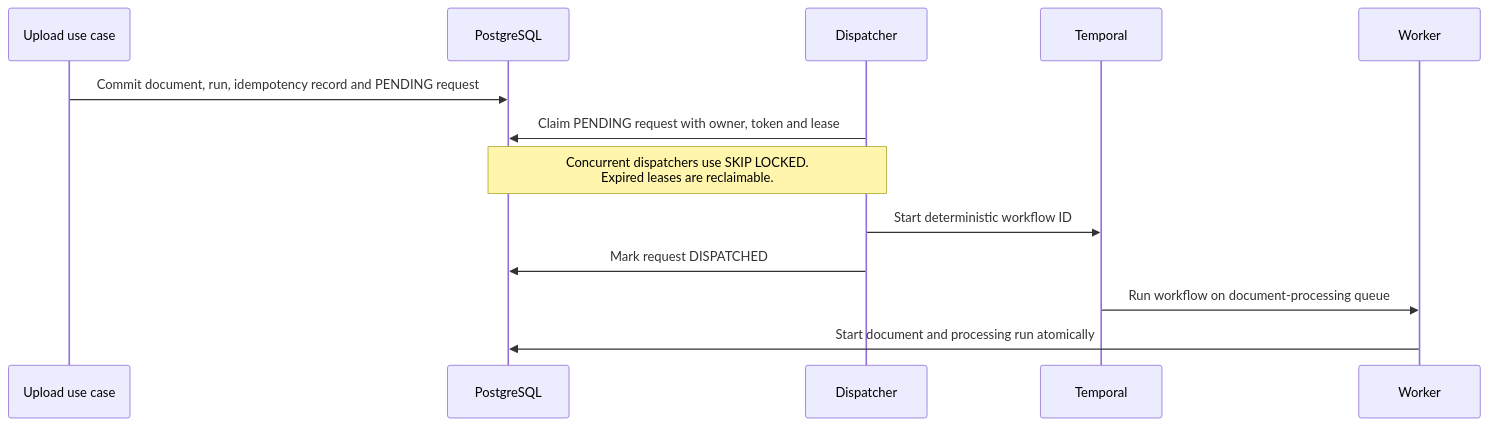
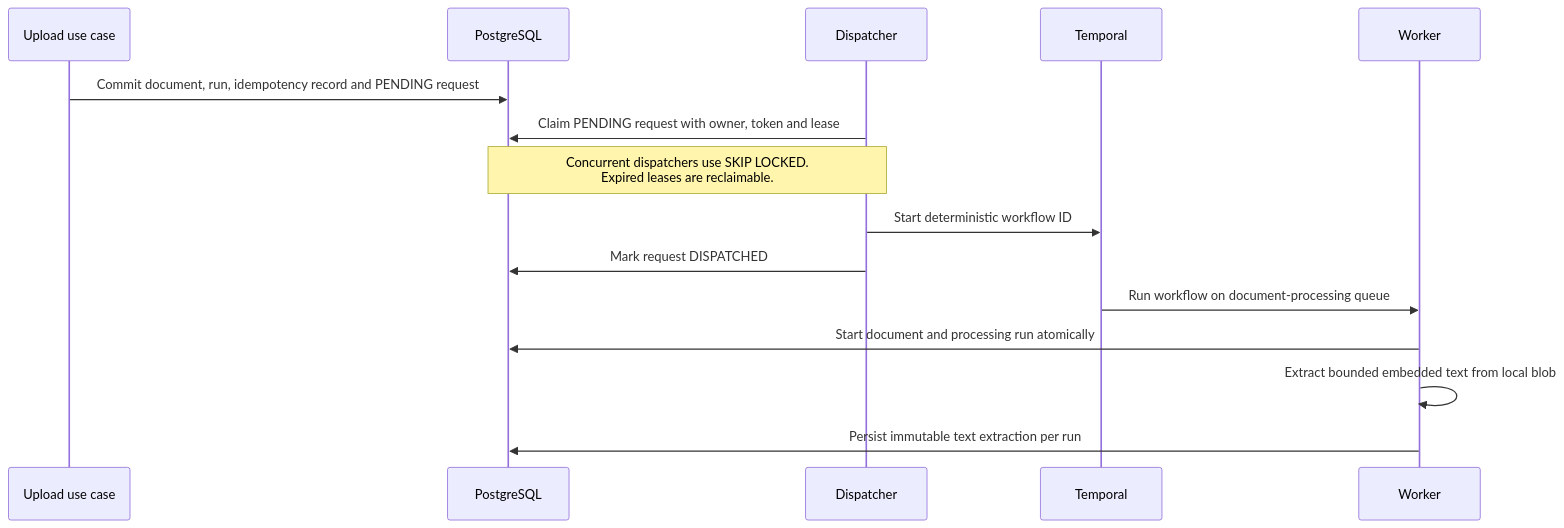
The third of 11 diagrams in docs/architecture.md (PietroRussoD/ai-document-processing-platform), drawn with Mermaid before and after one commit. The commit also changed other lines of this file and 25 other files, not shown here.

Commit message:
✨ Persist embedded text extraction

````diff
--- a/docs/architecture.md
+++ b/docs/architecture.md
@@ -78,16 +77,18 @@
 ```mermaid
 sequenceDiagram
     participant API as Upload use case
     participant DB as PostgreSQL
     participant Dispatcher
     participant Temporal
     participant Worker
 
     API->>DB: Commit document, run, idempotency record and PENDING request
     Dispatcher->>DB: Claim PENDING request with owner, token and lease
     Note over Dispatcher,DB: Concurrent dispatchers use SKIP LOCKED.<br/>Expired leases are reclaimable.
     Dispatcher->>Temporal: Start deterministic workflow ID
     Dispatcher->>DB: Mark request DISPATCHED
     Temporal->>Worker: Run workflow on document-processing queue
     Worker->>DB: Start document and processing run atomically
+    Worker->>Worker: Extract bounded embedded text from local blob
+    Worker->>DB: Persist immutable text extraction per run
 ```
````
